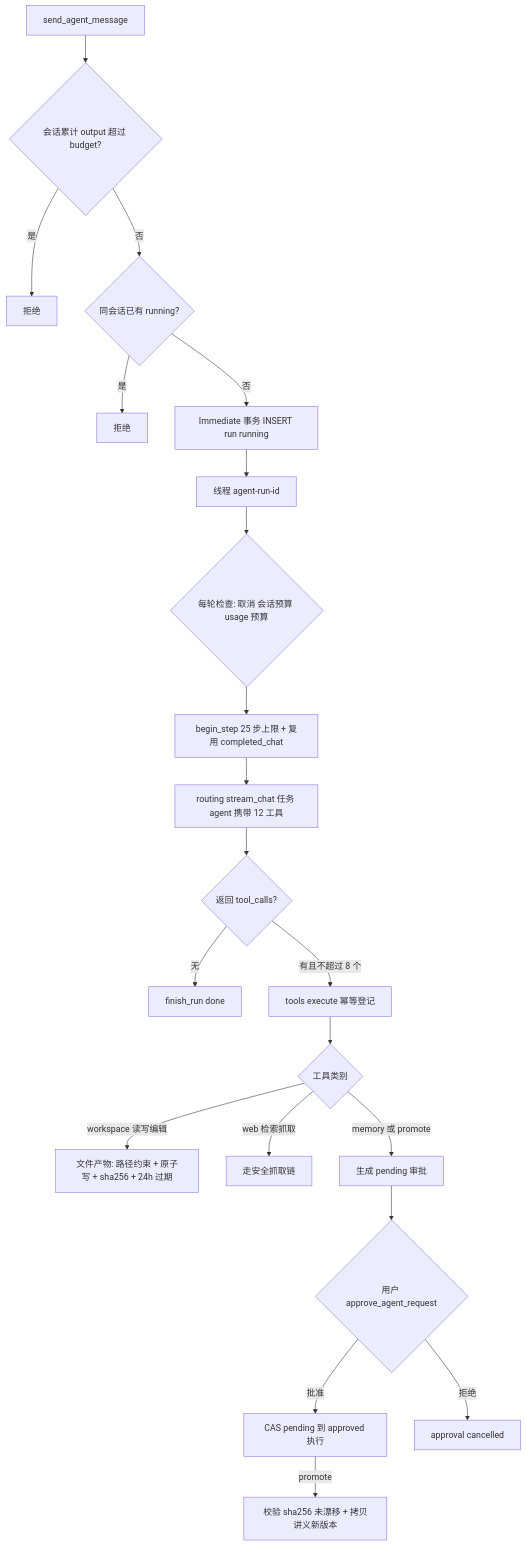
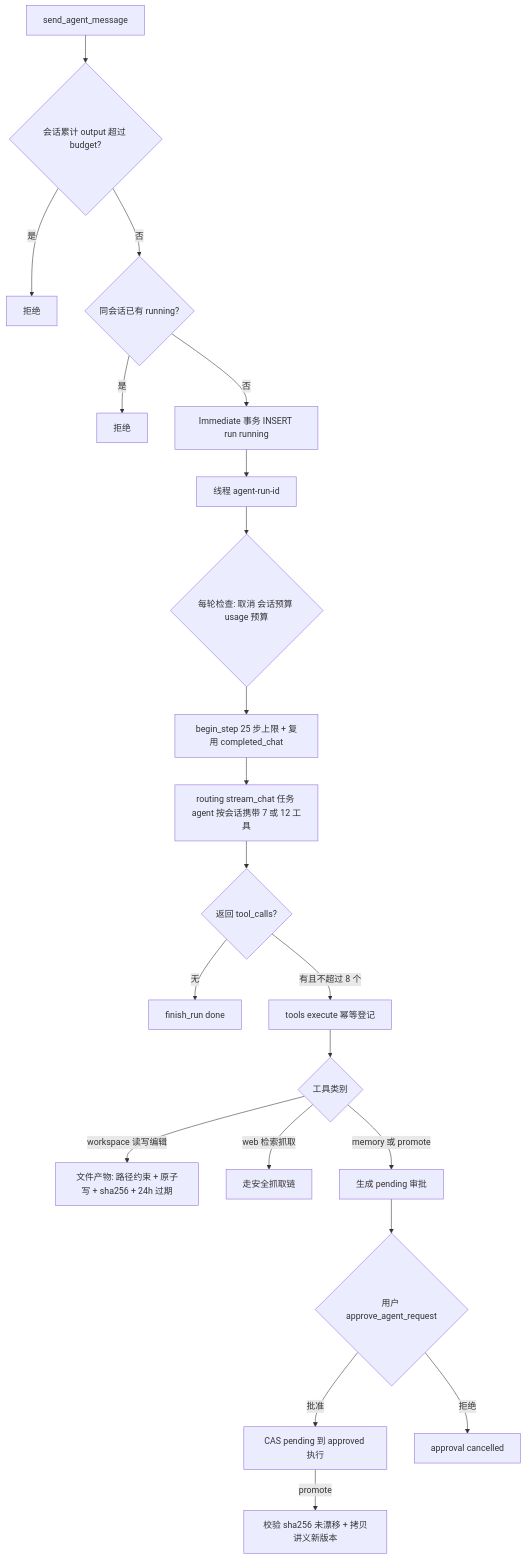
Before and after one commit to hershate/Deep-tutor: diagram 11 of 23 in docs/architecture/02-operation-principles.md, drawn with Mermaid. The commit also changed other lines of this file and 17 other files, not shown here.

````diff
--- a/docs/architecture/02-operation-principles.md
+++ b/docs/architecture/02-operation-principles.md
@@ -320,23 +322,23 @@
 ```mermaid
 flowchart TD
     A[send_agent_message] --> B{会话累计 output 超过 budget?}
     B -->|是| C[拒绝]
     B -->|否| D{同会话已有 running?}
     D -->|是| E[拒绝]
     D -->|否| F[Immediate 事务 INSERT run running]
     F --> G[线程 agent-run-id]
     G --> H{每轮检查: 取消 会话预算 usage 预算}
     H --> I[begin_step 25 步上限 + 复用 completed_chat]
-    I --> J[routing stream_chat 任务 agent 携带 12 工具]
+    I --> J[routing stream_chat 任务 agent 按会话携带 7 或 12 工具]
     J --> K{返回 tool_calls?}
     K -->|无| L[finish_run done]
     K -->|有且不超过 8 个| M[tools execute 幂等登记]
     M --> N{工具类别}
     N -->|workspace 读写编辑| O[文件产物: 路径约束 + 原子写 + sha256 + 24h 过期]
     N -->|web 检索抓取| P[走安全抓取链]
     N -->|memory 或 promote| Q[生成 pending 审批]
     Q --> R{用户 approve_agent_request}
     R -->|批准| S[CAS pending 到 approved 执行]
     R -->|拒绝| T[approval cancelled]
     S -->|promote| U[校验 sha256 未漂移 + 拷贝讲义新版本]
 ```
````
